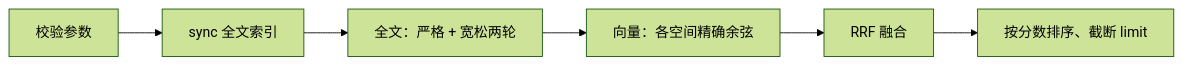
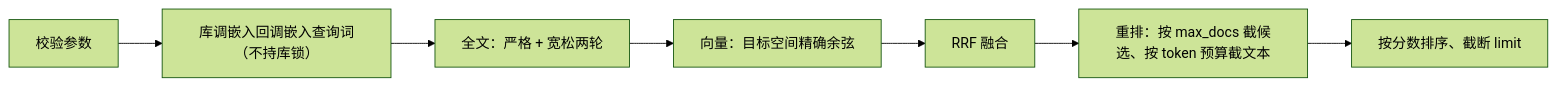
Before and after one commit to kawayiYokami/p-memory: the diagram in docs/search.md, drawn with Mermaid (forest theme). The commit also changed other lines of this file and 30 other files, not shown here.

````diff
--- a/docs/search.md
+++ b/docs/search.md
@@ -56,8 +74,9 @@
 ```mermaid
 flowchart LR
-    A["校验参数"] --> B["sync 全文索引"]
+    A["校验参数"] --> B["库调嵌入回调嵌入查询词（不持库锁）"]
     B --> C["全文：严格 + 宽松两轮"]
-    C --> D["向量：各空间精确余弦"]
+    C --> D["向量：目标空间精确余弦"]
     D --> E["RRF 融合"]
-    E --> F["按分数排序、截断 limit"]
+    E --> F["重排：按 max_docs 截候选、按 token 预算截文本"]
+    F --> G["按分数排序、截断 limit"]
 ```
````
